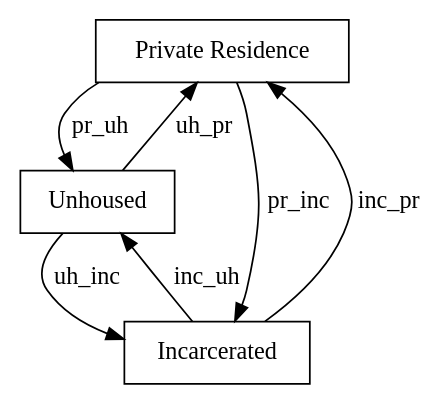
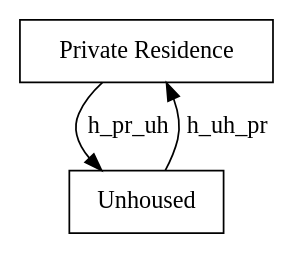
One commit to ihmeuw/vivarium_research changed the diagram in docs/source/models/concept_models/vivarium_moud/concept_model.rst. Above: the diagram before and after it, drawn with Graphviz. The commit also changed other lines of this file, not shown here.

Commit message:
Remove incarceration state from housing model

```diff
--- a/docs/source/models/concept_models/vivarium_moud/concept_model.rst
+++ b/docs/source/models/concept_models/vivarium_moud/concept_model.rst
@@ -93,22 +94,15 @@
 .. graphviz::
 
-   digraph quarters_model {
+  digraph housing_model {
        rankdir = TD; // Suggesting Top-Down layout for potential clarity
        node [shape=box]; // Optional: make nodes boxes like states
 
        private_residence [label="Private Residence"];
        unhoused [label="Unhoused"];
-       incarcerated [label="Incarcerated"];
 
        // Transitions out of Private Residence
-       private_residence -> unhoused [label="pr_uh"];
-       private_residence -> incarcerated [label="pr_inc"];
+       private_residence -> unhoused [label="h_pr_uh"];
 
        // Transitions out of Unhoused
-       unhoused -> private_residence [label="uh_pr"];
-       unhoused -> incarcerated [label="uh_inc"];
-
-       // Transitions out of Incarcerated
-       incarcerated -> private_residence [label="inc_pr"];
-       incarcerated -> unhoused [label="inc_uh"];
+       unhoused -> private_residence [label="h_uh_pr"];
    }
```
